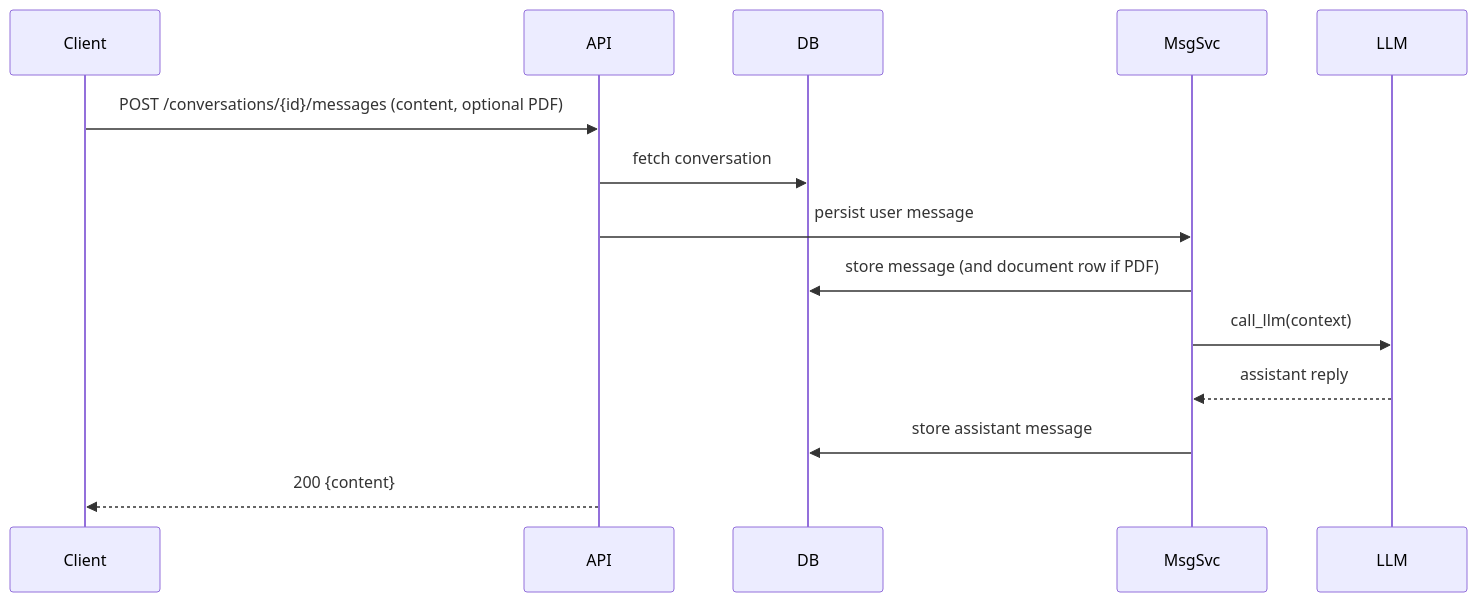
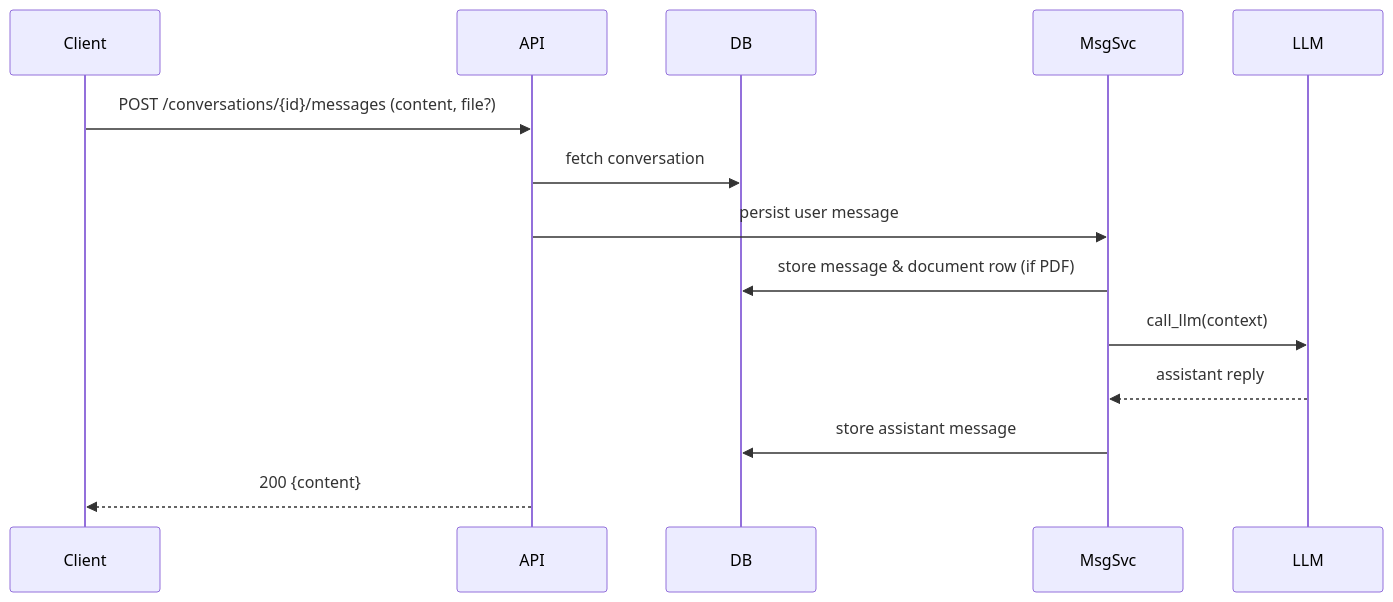
The fourth of 7 diagrams in README.md (Rishabh1106/test-repo), drawn with Mermaid before and after one commit. The commit also changed other lines of this file, not shown here.

````diff
--- a/README.md
+++ b/README.md
@@ -105,17 +99,17 @@
 ```mermaid
 sequenceDiagram
   participant Client
   participant API
   participant DB
   participant MsgSvc
   participant LLM
 
-  Client->>API: POST /conversations/{id}/messages (content, optional PDF)
+  Client->>API: POST /conversations/{id}/messages (content, file?)
   API->>DB: fetch conversation
   API->>MsgSvc: persist user message
-  MsgSvc->>DB: store message (and document row if PDF)
+  MsgSvc->>DB: store message & document row (if PDF)
   MsgSvc->>LLM: call_llm(context)
   LLM-->>MsgSvc: assistant reply
   MsgSvc->>DB: store assistant message
   API-->>Client: 200 {content}
 ```
````
